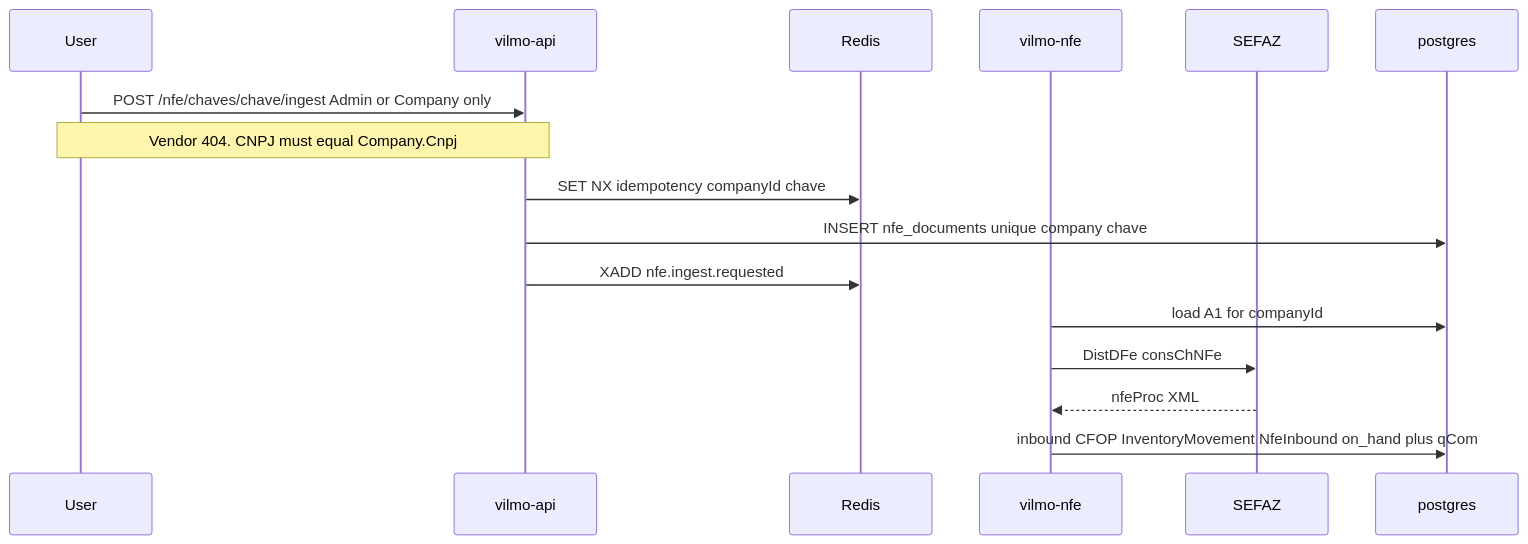
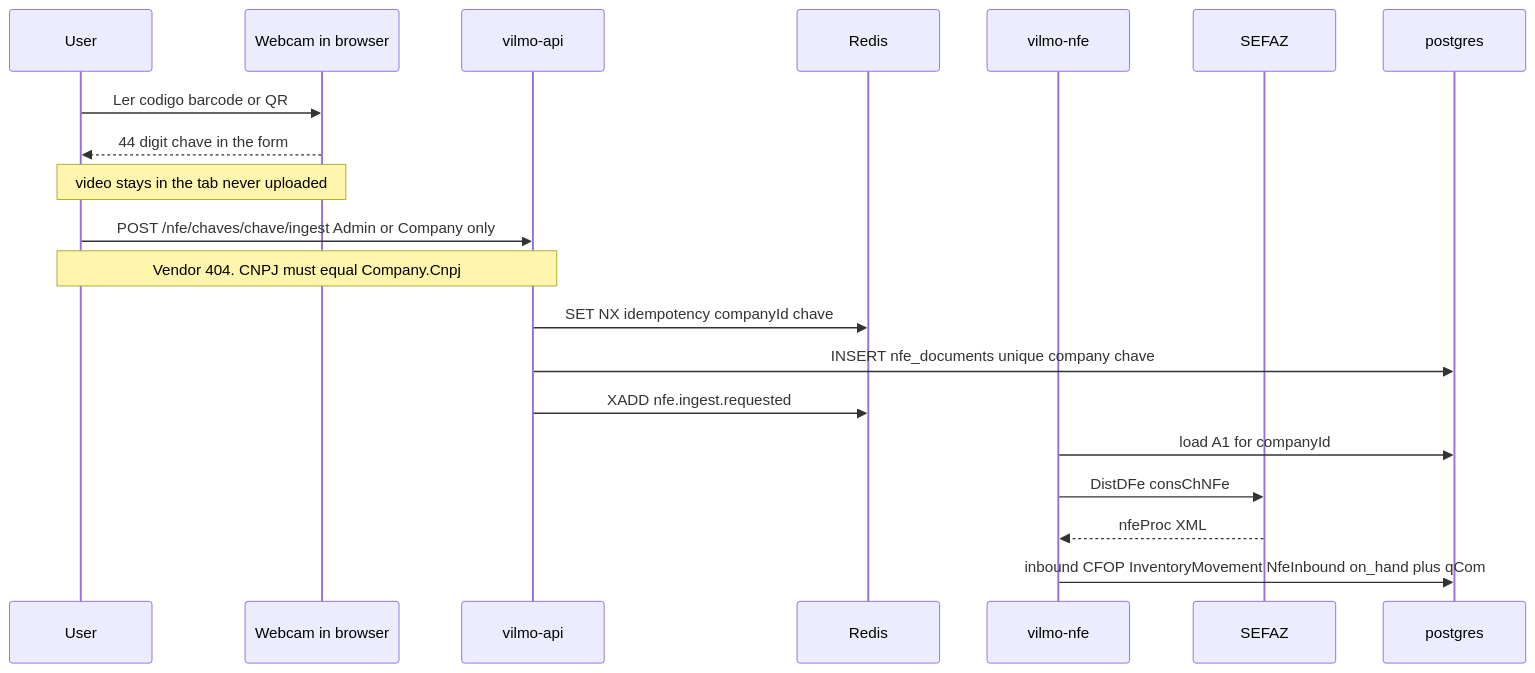
Before and after one commit to andrevilmo/VilmoMarketingEngine: the sixth of 8 diagrams in MD/ARCHITECTURE.md, drawn with Mermaid. The commit also changed other lines of this file and 7 other files, not shown here.

First line of the commit message:
docs: plan webcam barcode/QR scan for NF-e chave (US-14)

````diff
--- a/MD/ARCHITECTURE.md
+++ b/MD/ARCHITECTURE.md
@@ -276,19 +276,23 @@
 ```mermaid
 sequenceDiagram
   participant User
+  participant Cam as Webcam in browser
   participant Api as vilmo-api
   participant Redis
   participant Nfe as vilmo-nfe
   participant Sefaz as SEFAZ
   participant Pg as postgres
 
+  User->>Cam: Ler codigo barcode or QR
+  Cam-->>User: 44 digit chave in the form
+  Note over Cam,User: video stays in the tab never uploaded
   User->>Api: POST /nfe/chaves/chave/ingest Admin or Company only
   Note over User,Api: Vendor 404. CNPJ must equal Company.Cnpj
   Api->>Redis: SET NX idempotency companyId chave
   Api->>Pg: INSERT nfe_documents unique company chave
   Api->>Redis: XADD nfe.ingest.requested
   Nfe->>Pg: load A1 for companyId
   Nfe->>Sefaz: DistDFe consChNFe
   Sefaz-->>Nfe: nfeProc XML
   Nfe->>Pg: inbound CFOP InventoryMovement NfeInbound on_hand plus qCom
 ```
````
